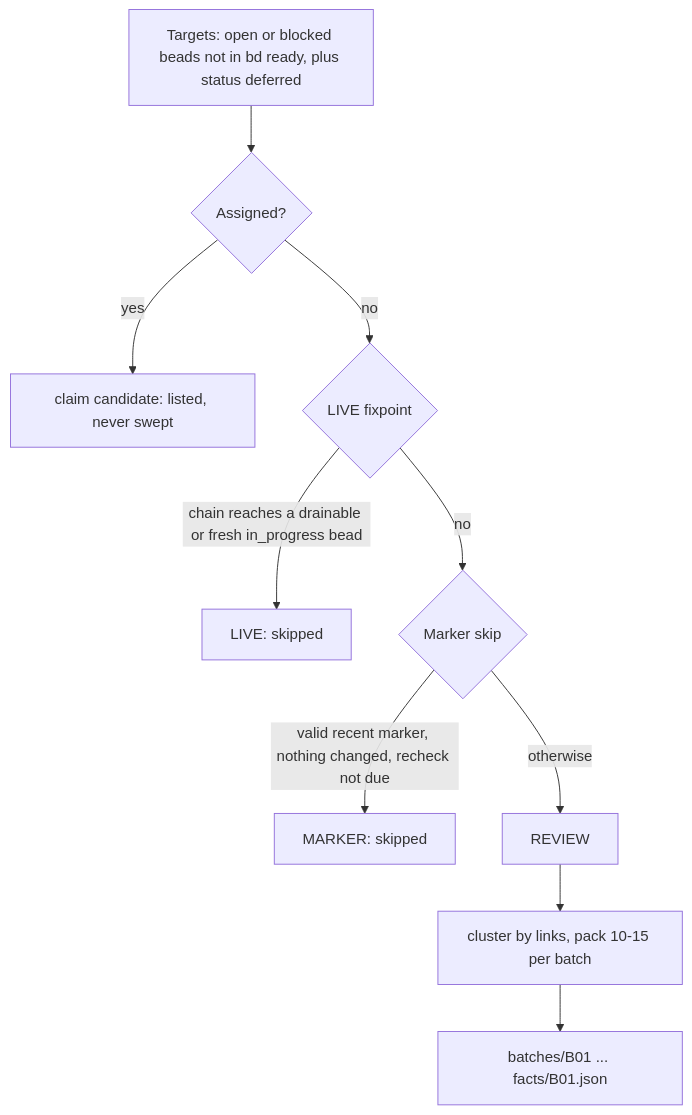
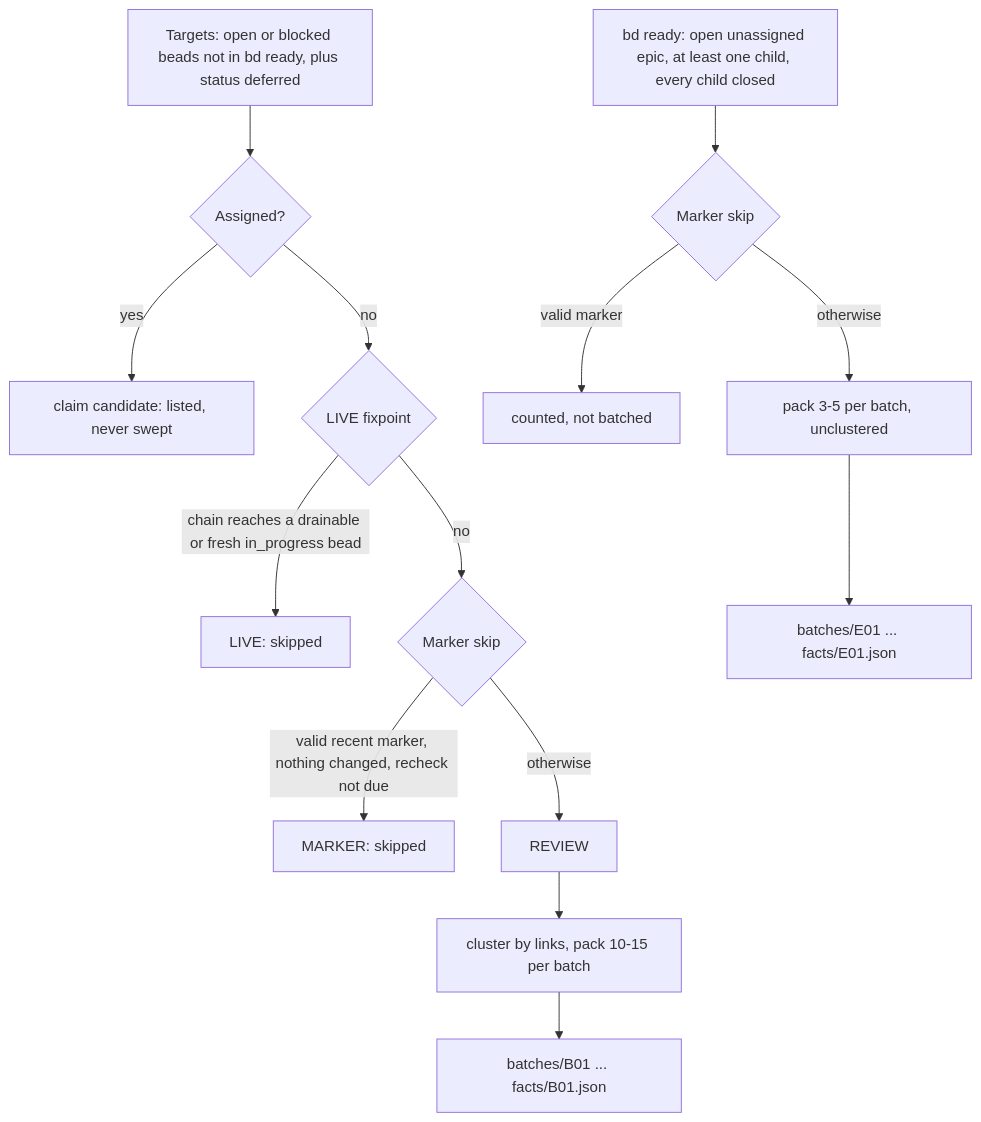
One commit to phillipgreenii/nix-agent-support changed the third of 3 diagrams in packages/pb/README.md. Above: the diagram before and after it, drawn with Mermaid. The commit also changed other lines of this file and 22 other files, not shown here.

````diff
--- a/packages/pb/README.md
+++ b/packages/pb/README.md
@@ -280,12 +280,16 @@
 ```mermaid
 flowchart TD
     T[Targets: open or blocked beads not in bd ready, plus status deferred] --> A{Assigned?}
     A -- yes --> C[claim candidate: listed, never swept]
     A -- no --> L{LIVE fixpoint}
     L -- "chain reaches a drainable or fresh in_progress bead" --> LIVE[LIVE: skipped]
     L -- no --> M{Marker skip}
     M -- "valid recent marker, nothing changed, recheck not due" --> MS[MARKER: skipped]
     M -- otherwise --> R[REVIEW]
     R --> K[cluster by links, pack 10-15 per batch]
     K --> BT[batches/B01 ... facts/B01.json]
+    RE[bd ready: open unassigned epic, at least one child, every child closed] --> EC{Marker skip}
+    EC -- "valid marker" --> ECS[counted, not batched]
+    EC -- otherwise --> EB[pack 3-5 per batch, unclustered]
+    EB --> ET[batches/E01 ... facts/E01.json]
 ```
````
